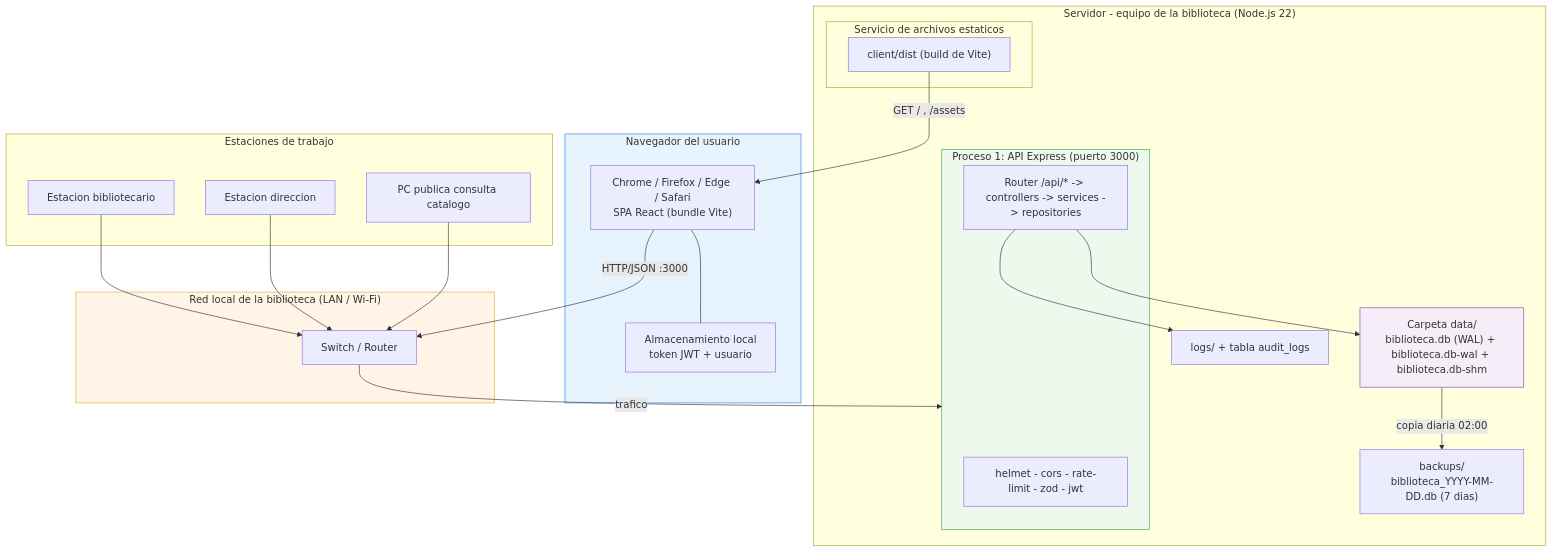
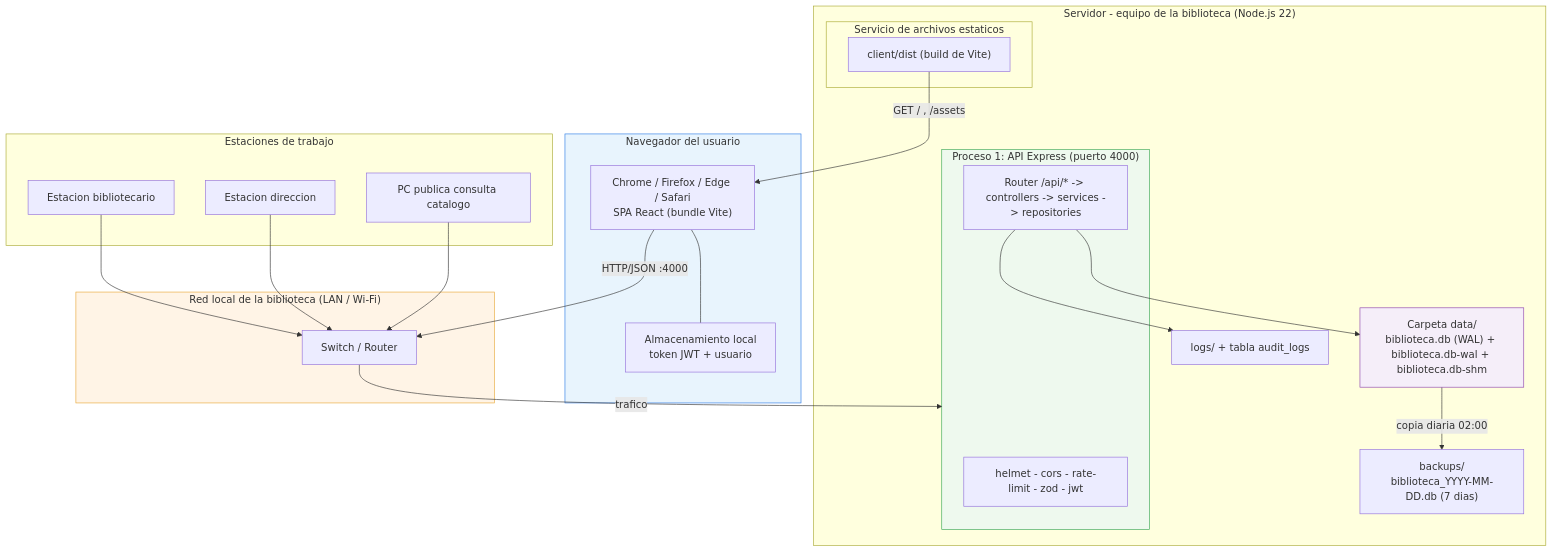
One commit to AngelC00kies/sistema-biblioteca changed the diagram in docs/05-arquitectura.md. Above: the diagram before and after it, drawn with Mermaid. The commit also changed other lines of this file and 21 other files, not shown here.

````diff
--- a/docs/05-arquitectura.md
+++ b/docs/05-arquitectura.md
@@ -159,46 +161,46 @@
 ```mermaid
 graph TB
   subgraph NAV["Navegador del usuario"]
     B1["Chrome / Firefox / Edge / Safari<br/>SPA React (bundle Vite)"]
     S1["Almacenamiento local<br/>token JWT + usuario"]
     B1 --- S1
   end
 
   subgraph RED["Red local de la biblioteca (LAN / Wi-Fi)"]
     SW["Switch / Router"]
   end
 
   subgraph SRV["Servidor - equipo de la biblioteca (Node.js 22)"]
-    subgraph PROC["Proceso 1: API Express (puerto 3000)"]
+    subgraph PROC["Proceso 1: API Express (puerto 4000)"]
       MW["helmet - cors - rate-limit - zod - jwt"]
       API2["Router /api/* -> controllers -> services -> repositories"]
     end
     subgraph STATIC["Servicio de archivos estaticos"]
       DIST["client/dist (build de Vite)"]
     end
     FILES["Carpeta data/<br/>biblioteca.db (WAL) + biblioteca.db-wal + biblioteca.db-shm"]
     BACKUPS["backups/<br/>biblioteca_YYYY-MM-DD.db (7 dias)"]
     LOGS["logs/ + tabla audit_logs"]
   end
 
   subgraph ADM["Estaciones de trabajo"]
     W1["Estacion bibliotecario"]
     W2["Estacion direccion"]
     W3["PC publica consulta catalogo"]
   end
 
-  B1 -->|HTTP/JSON :3000| SW
+  B1 -->|HTTP/JSON :4000| SW
   W1 --> SW
   W2 --> SW
   W3 --> SW
   SW -->|trafico| PROC
   DIST -->|GET / , /assets| B1
   API2 --> FILES
   FILES -->|copia diaria 02:00| BACKUPS
   API2 --> LOGS
 
   style PROC fill:#eef9ee,stroke:#3aa655
   style FILES fill:#f5eef9,stroke:#8e44ad
   style NAV fill:#e8f4fd,stroke:#2c7be5
   style RED fill:#fff4e6,stroke:#e8a838
 ```
````
